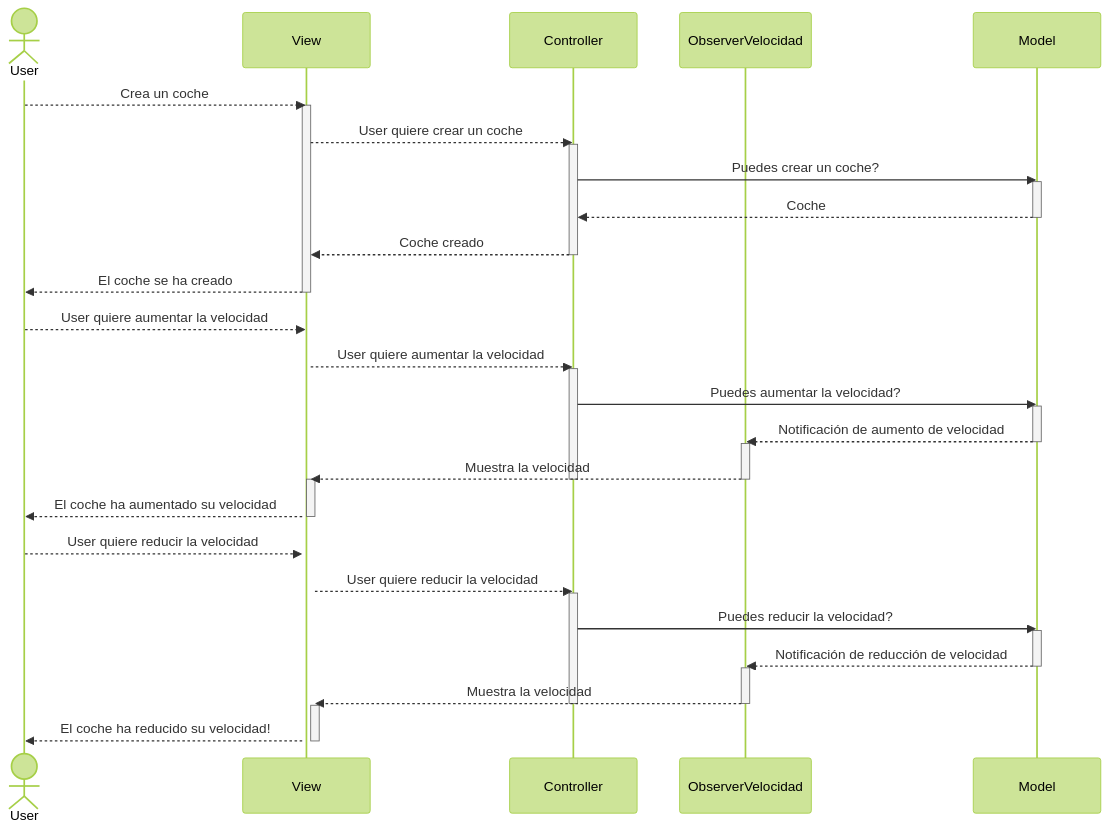
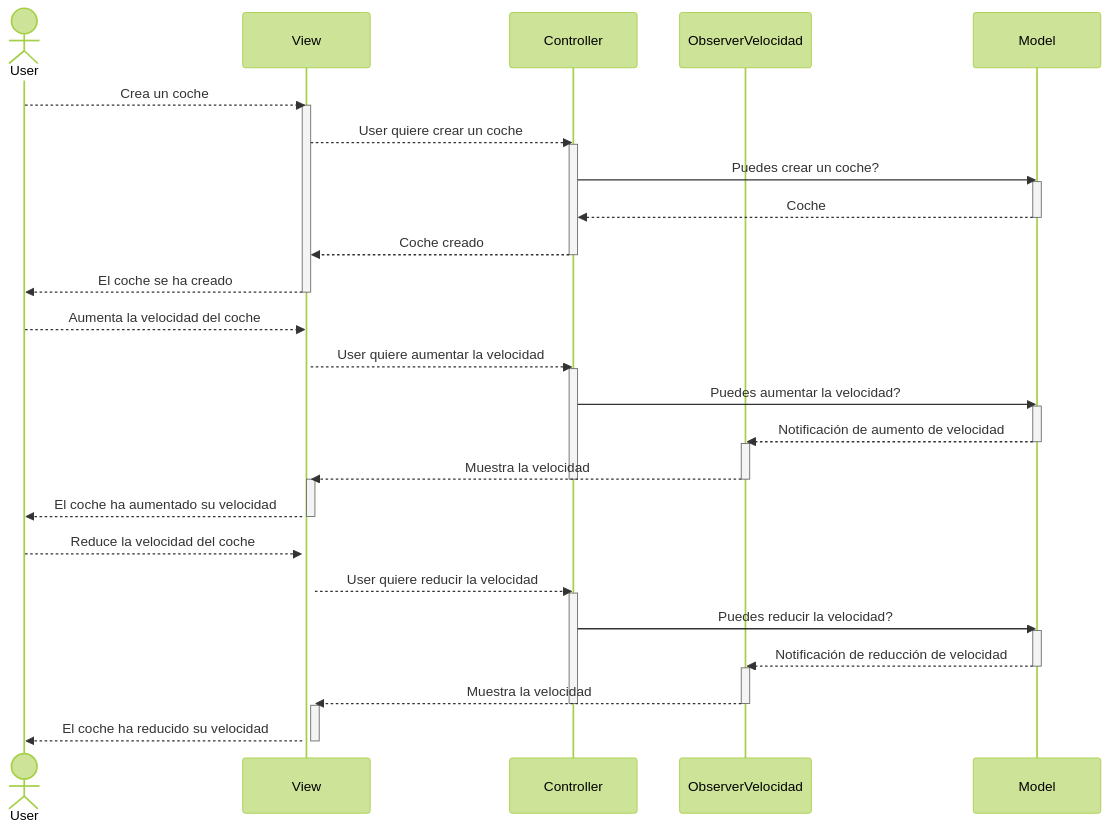
The second of 4 diagrams in Readme.md (JorgeAmestoy/MVC_coches), drawn with Mermaid (forest theme) before and after one commit. The commit also changed other lines of this file, not shown here.

Commit message:
Corrijo readme

````diff
--- a/Readme.md
+++ b/Readme.md
@@ -63,51 +63,51 @@
 ```mermaid
 sequenceDiagram
     actor User
     participant View
     participant Controller
     participant ObserverVelocidad
     participant Model
     
     User-->>View: Crea un coche
     activate View
     View-->>Controller: User quiere crear un coche
     activate Controller
     Controller->>Model: Puedes crear un coche?
     activate Model
     Model-->>Controller: Coche
     deactivate Model
     Controller-->>View: Coche creado
     deactivate Controller
     View-->>User: El coche se ha creado
     deactivate View
     
-    User-->>View: User quiere aumentar la velocidad
+    User-->>View: Aumenta la velocidad del coche
     activate View
     View-->>Controller: User quiere aumentar la velocidad
     activate Controller
     Controller->>Model: Puedes aumentar la velocidad?
     activate Model
     Model-->>ObserverVelocidad: Notificación de aumento de velocidad
     deactivate Model
     activate ObserverVelocidad
     ObserverVelocidad-->>+View: Muestra la velocidad
     deactivate ObserverVelocidad
     deactivate Controller
     View-->>User: El coche ha aumentado su velocidad
     deactivate View
     
-    User-->>View: User quiere reducir la velocidad
+    User-->>View: Reduce la velocidad del coche
     activate View
     View-->>Controller: User quiere reducir la velocidad
     activate Controller
     Controller->>Model: Puedes reducir la velocidad?
     activate Model
     Model-->>ObserverVelocidad: Notificación de reducción de velocidad
     deactivate Model
     activate ObserverVelocidad
     ObserverVelocidad-->>+View: Muestra la velocidad
     deactivate ObserverVelocidad
     deactivate Controller
-    View-->>User: El coche ha reducido su velocidad!
+    View-->>User: El coche ha reducido su velocidad
     deactivate View
 ```
````
